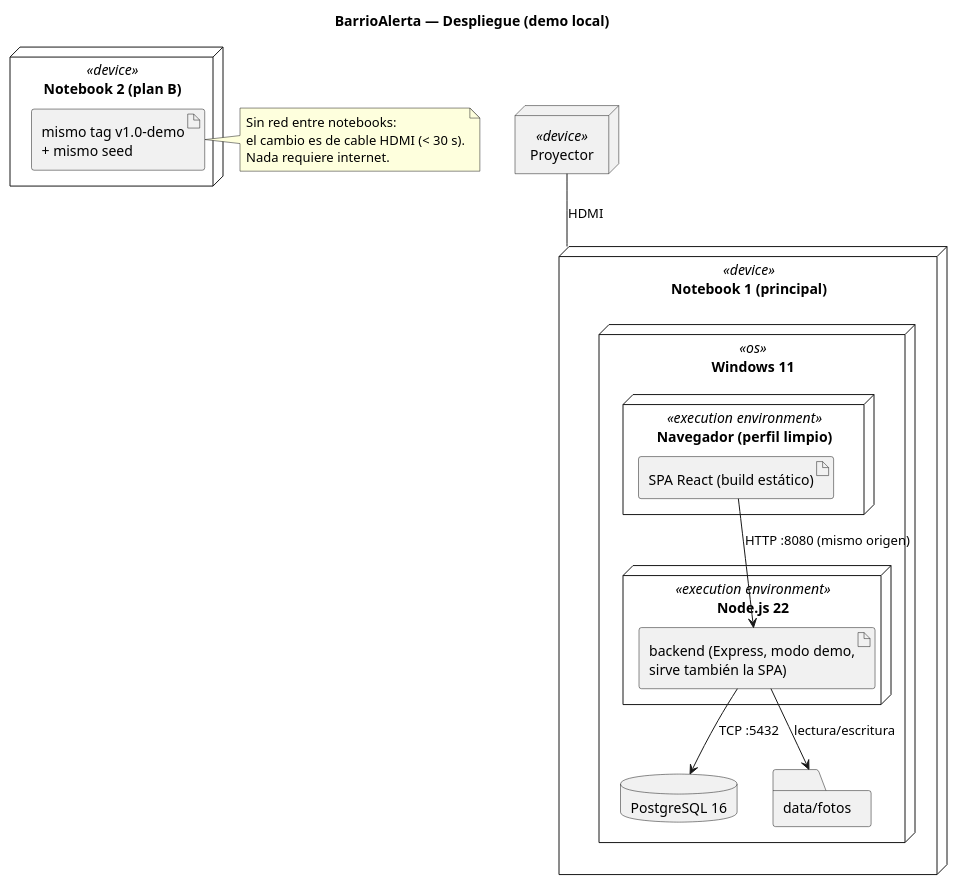
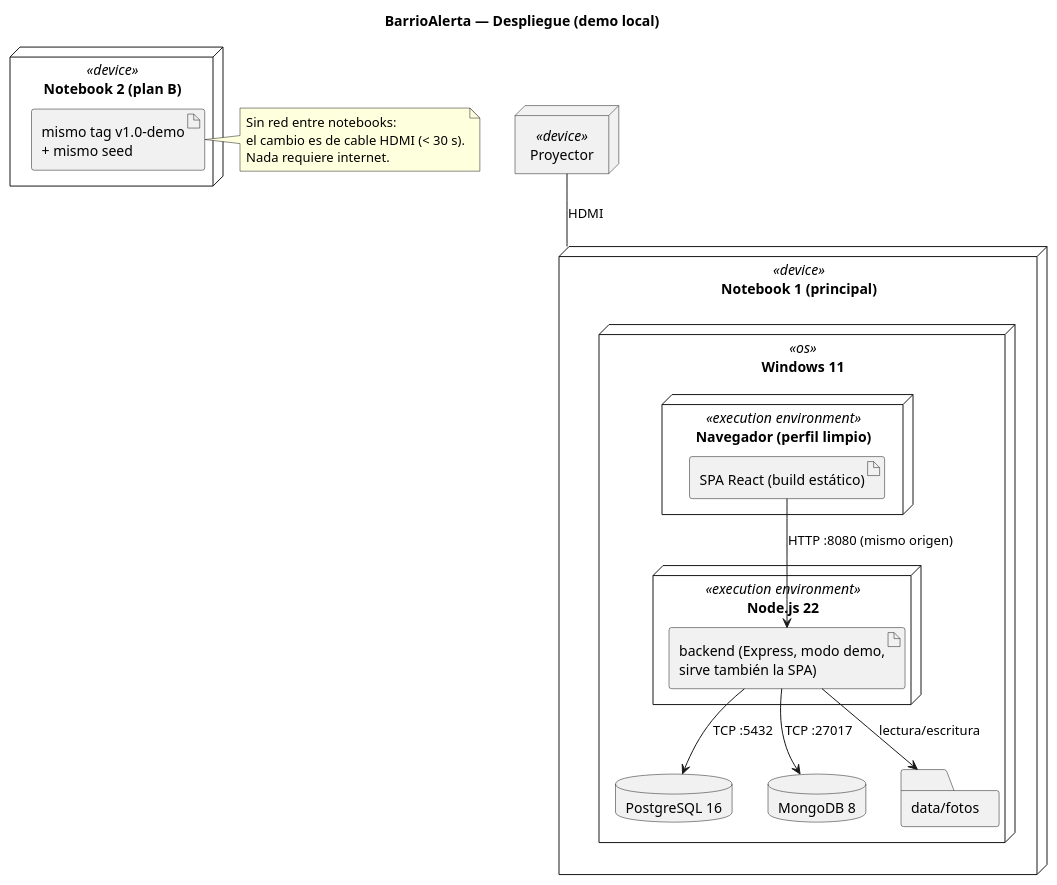
The diagram in docs/diagramas/despliegue.puml (tolmedo/barrioalerta), drawn with PlantUML before and after one commit. The commit also changed 8 other files, not shown here.

```diff
--- a/docs/diagramas/despliegue.puml
+++ b/docs/diagramas/despliegue.puml
@@ -1,32 +1,34 @@
 @startuml despliegue
 title BarrioAlerta — Despliegue (demo local)
 
 node "Notebook 1 (principal)" <<device>> {
   node "Windows 11" <<os>> {
     node "Navegador (perfil limpio)" <<execution environment>> {
       artifact "SPA React (build estático)" as SPA1
     }
     node "Node.js 22" <<execution environment>> {
       artifact "backend (Express, modo demo,\nsirve también la SPA)" as API1
     }
     database "PostgreSQL 16" as DB1
+    database "MongoDB 8" as Mongo1
     folder "data/fotos" as Archivos1
   }
 }
 
 node "Notebook 2 (plan B)" <<device>> {
   artifact "mismo tag v1.0-demo\n+ mismo seed" as Espejo
 }
 
 node "Proyector" <<device>> as Proyector
 
 SPA1 --> API1 : HTTP :8080 (mismo origen)
 API1 --> DB1 : TCP :5432
+API1 --> Mongo1 : TCP :27017
 API1 --> Archivos1 : lectura/escritura
 Proyector -- "Notebook 1 (principal)" : HDMI
 note right of Espejo
   Sin red entre notebooks:
   el cambio es de cable HDMI (< 30 s).
   Nada requiere internet.
 end note
 @enduml
```
